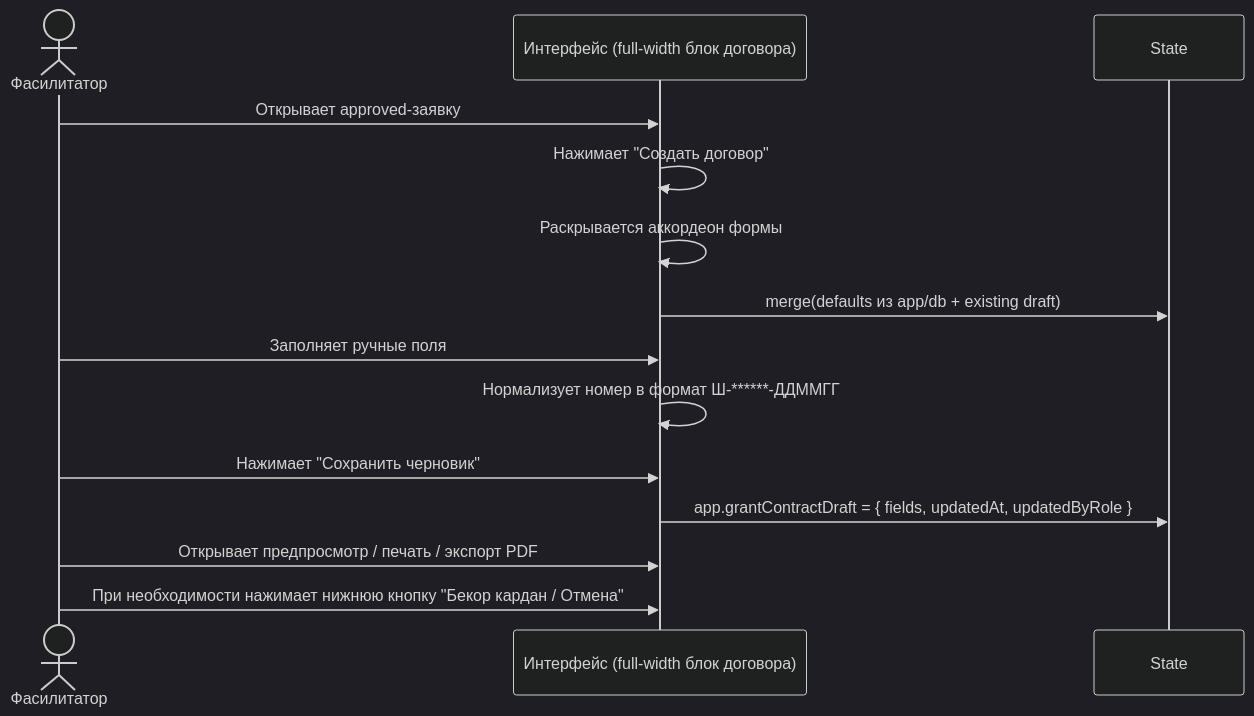
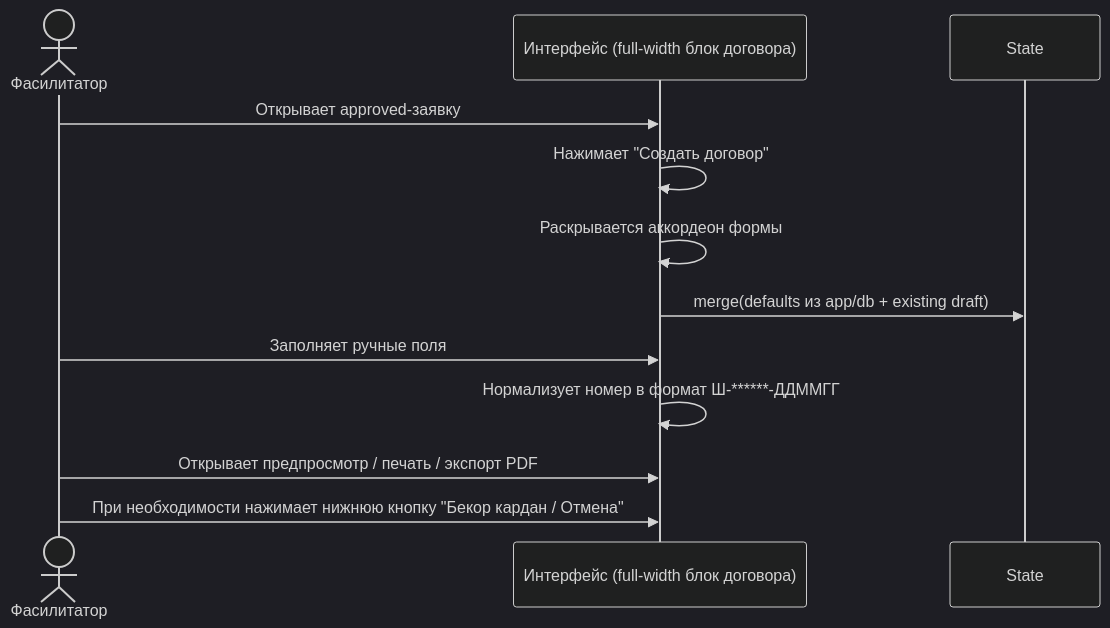
Before and after one commit to firka-kh/eip-test: the eighth of 16 diagrams in docs/BUSINESS-PROCESSES.md, drawn with Mermaid (dark theme). The commit also changed other lines of this file and 2 other files, not shown here.

````diff
--- a/docs/BUSINESS-PROCESSES.md
+++ b/docs/BUSINESS-PROCESSES.md
@@ -361,17 +366,15 @@
 ```mermaid
 sequenceDiagram
     actor Ф as Фасилитатор
     participant UI as Интерфейс (full-width блок договора)
     participant ST as State
 
     Ф->>UI: Открывает approved-заявку
     UI->>UI: Нажимает "Создать договор"
     UI->>UI: Раскрывается аккордеон формы
     UI->>ST: merge(defaults из app/db + existing draft)
     Ф->>UI: Заполняет ручные поля
     UI->>UI: Нормализует номер в формат Ш-******-ДДММГГ
-    Ф->>UI: Нажимает "Сохранить черновик"
-    UI->>ST: app.grantContractDraft = { fields, updatedAt, updatedByRole }
     Ф->>UI: Открывает предпросмотр / печать / экспорт PDF
     Ф->>UI: При необходимости нажимает нижнюю кнопку "Бекор кардан / Отмена"
 ```
````
